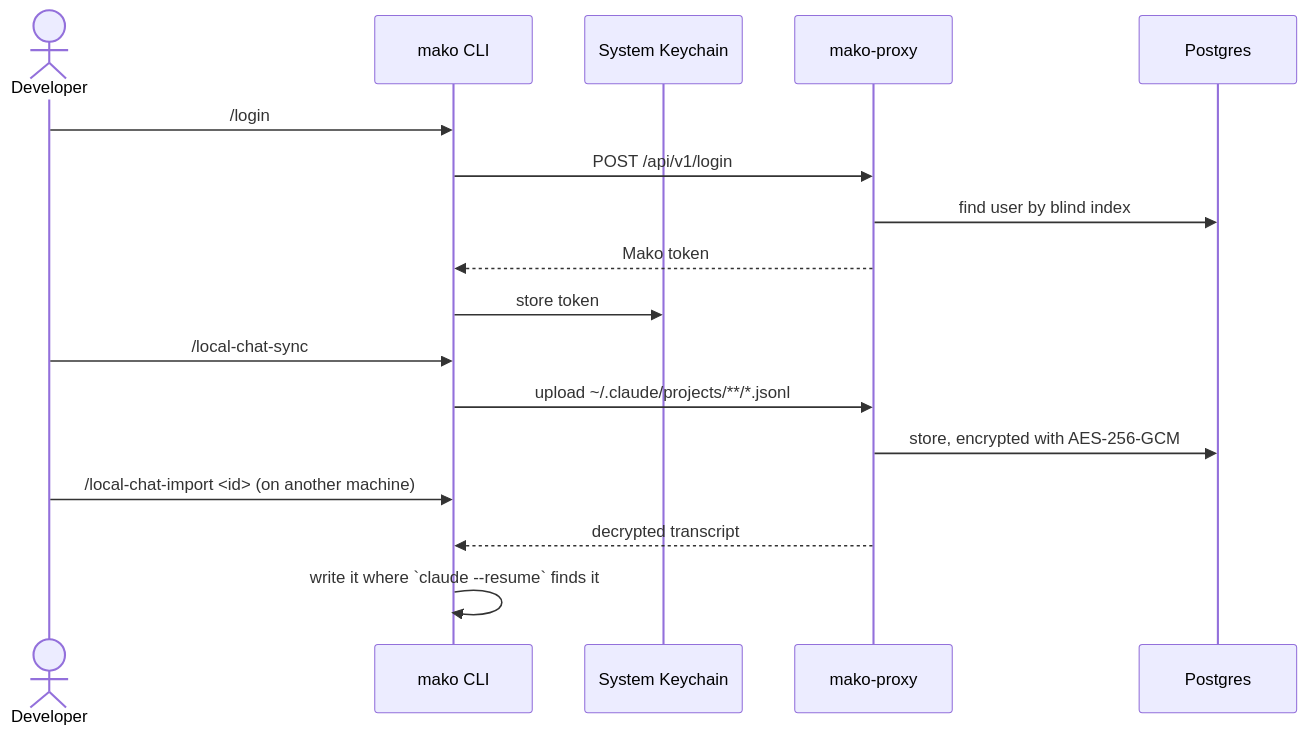
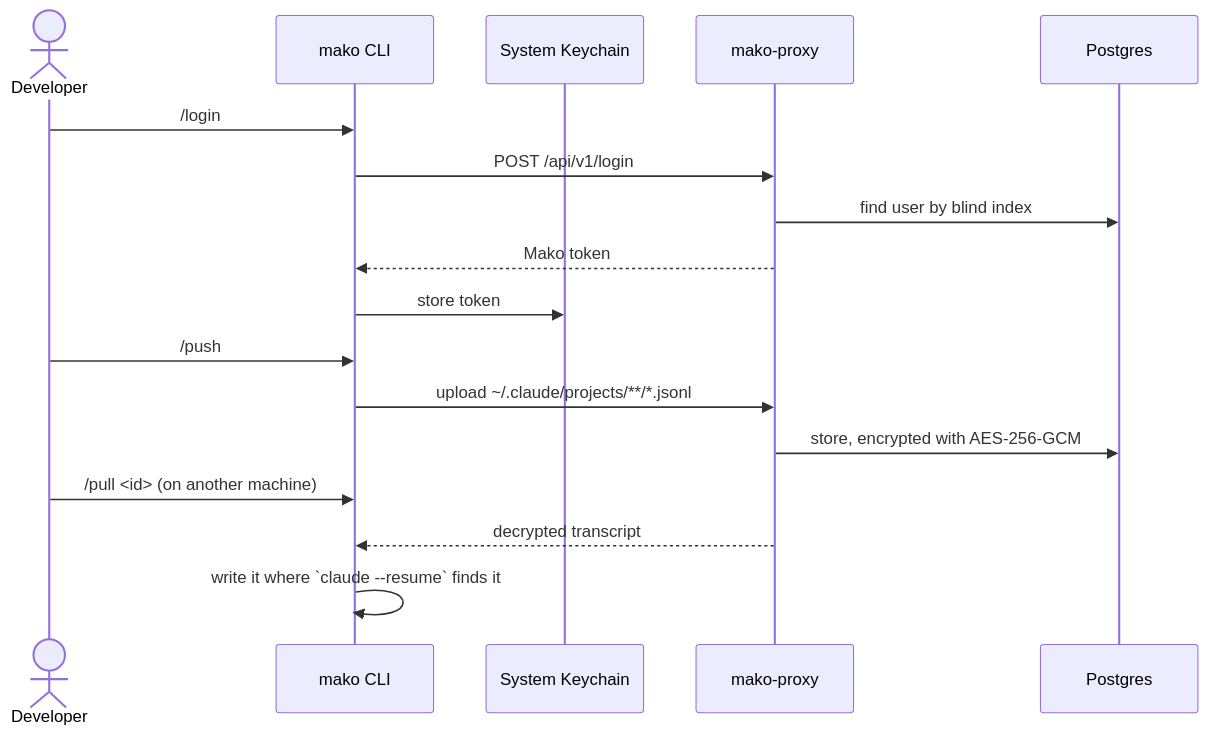
Before and after one commit to thenameisvicky/mako: the diagram in README.md, drawn with Mermaid. The commit also changed other lines of this file and 9 other files, not shown here.

````diff
--- a/README.md
+++ b/README.md
@@ -22,22 +22,22 @@
 ```mermaid
 sequenceDiagram
     actor Dev as Developer
     participant Mako as mako CLI
     participant KC as System Keychain
     participant PX as mako-proxy
     participant DB as Postgres
 
     Dev->>Mako: /login
     Mako->>PX: POST /api/v1/login
     PX->>DB: find user by blind index
     PX-->>Mako: Mako token
     Mako->>KC: store token
 
-    Dev->>Mako: /local-chat-sync
+    Dev->>Mako: /push
     Mako->>PX: upload ~/.claude/projects/**/*.jsonl
     PX->>DB: store, encrypted with AES-256-GCM
 
-    Dev->>Mako: /local-chat-import <id> (on another machine)
+    Dev->>Mako: /pull <id> (on another machine)
     PX-->>Mako: decrypted transcript
     Mako->>Mako: write it where `claude --resume` finds it
 ```
````
